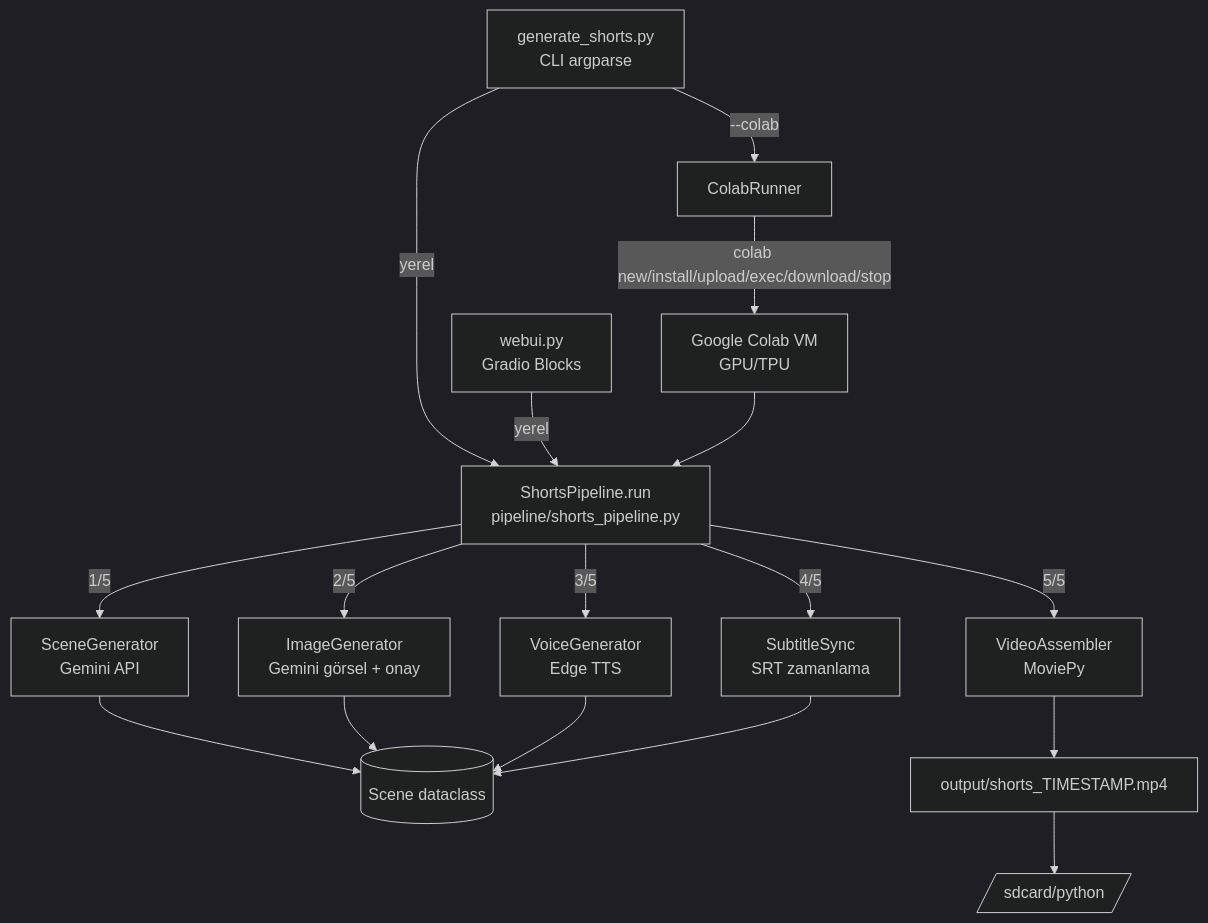
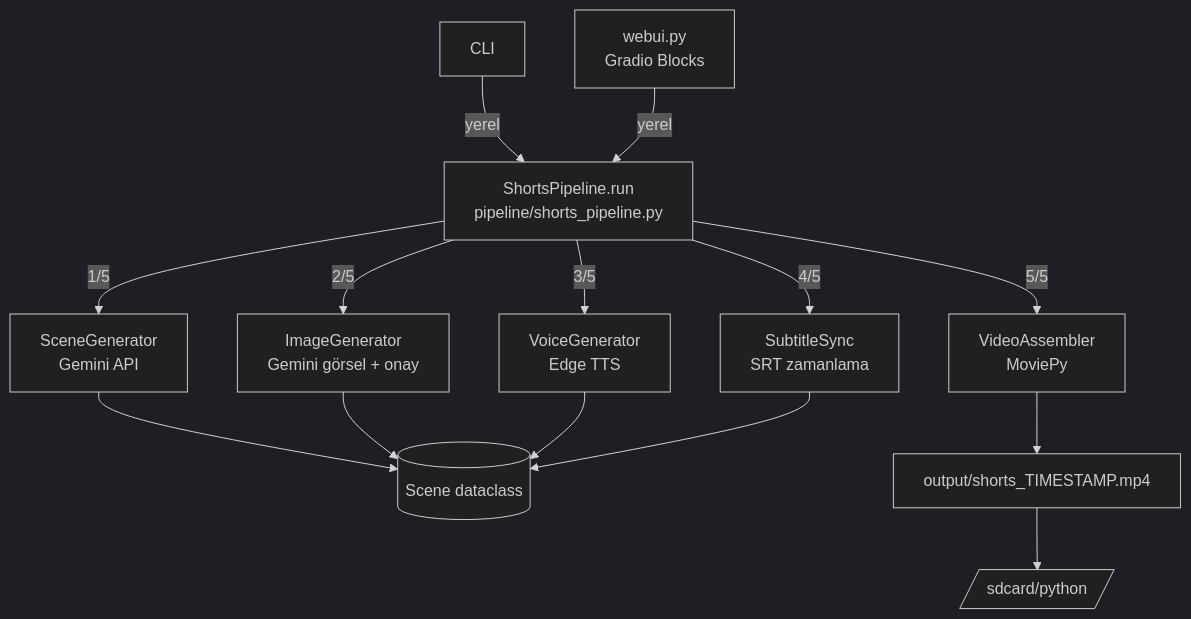
One commit to Mstf1086/appShorts changed the diagram in plan.md. Above: the diagram before and after it, drawn with Mermaid (dark theme). The commit also changed other lines of this file and 11 other files, not shown here.

Commit message:
Remove Google Colab integration

````diff
--- a/plan.md
+++ b/plan.md
@@ -26,19 +24,16 @@
 ```mermaid
 graph TD
-    CLI[generate_shorts.py<br/>CLI argparse] -->|--colab| CR[ColabRunner]
     CLI -->|yerel| P[ShortsPipeline.run<br/>pipeline/shorts_pipeline.py]
     WEBUI[webui.py<br/>Gradio Blocks] -->|yerel| P
-    CR -->|colab new/install/upload/exec/download/stop| CLOUD[Google Colab VM<br/>GPU/TPU]
-    CLOUD --> P
     P -->|1/5| SG[SceneGenerator<br/>Gemini API]
     P -->|2/5| IG[ImageGenerator<br/>Gemini görsel + onay]
     P -->|3/5| VG[VoiceGenerator<br/>Edge TTS]
     P -->|4/5| SS[SubtitleSync<br/>SRT zamanlama]
     P -->|5/5| VA[VideoAssembler<br/>MoviePy]
     SG --> SC[(Scene dataclass)]
     IG --> SC
     VG --> SC
     SS --> SC
     VA --> OUT[output/shorts_TIMESTAMP.mp4]
     OUT --> SD[/sdcard/python/]
 ```
````
